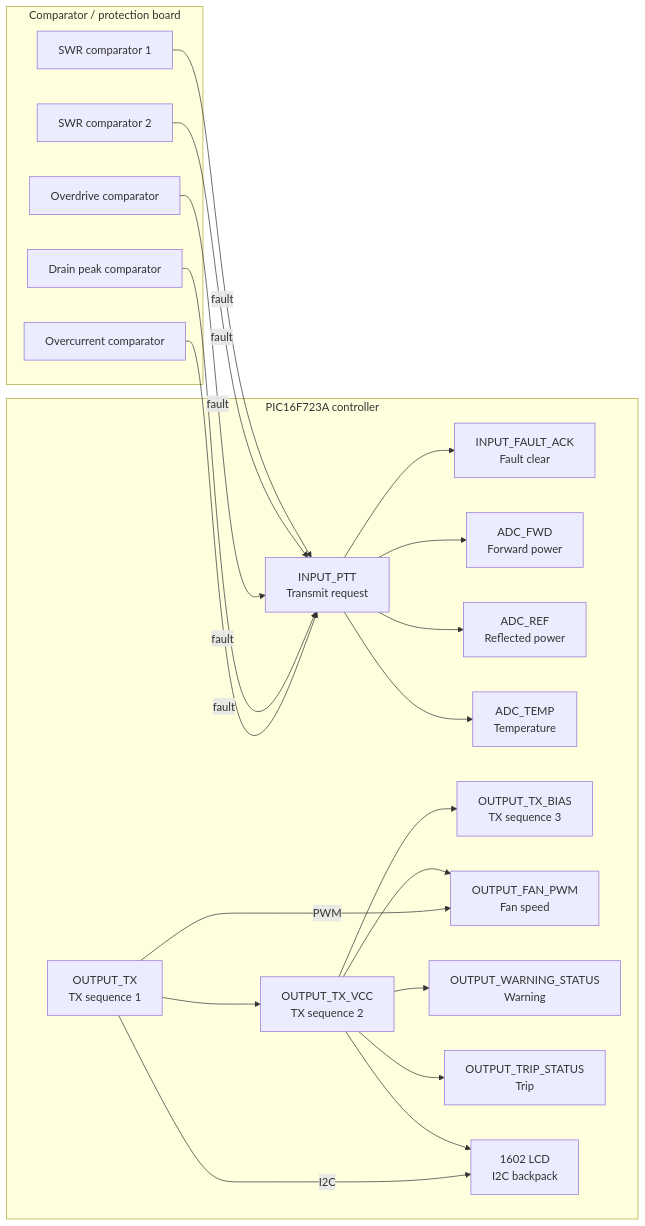
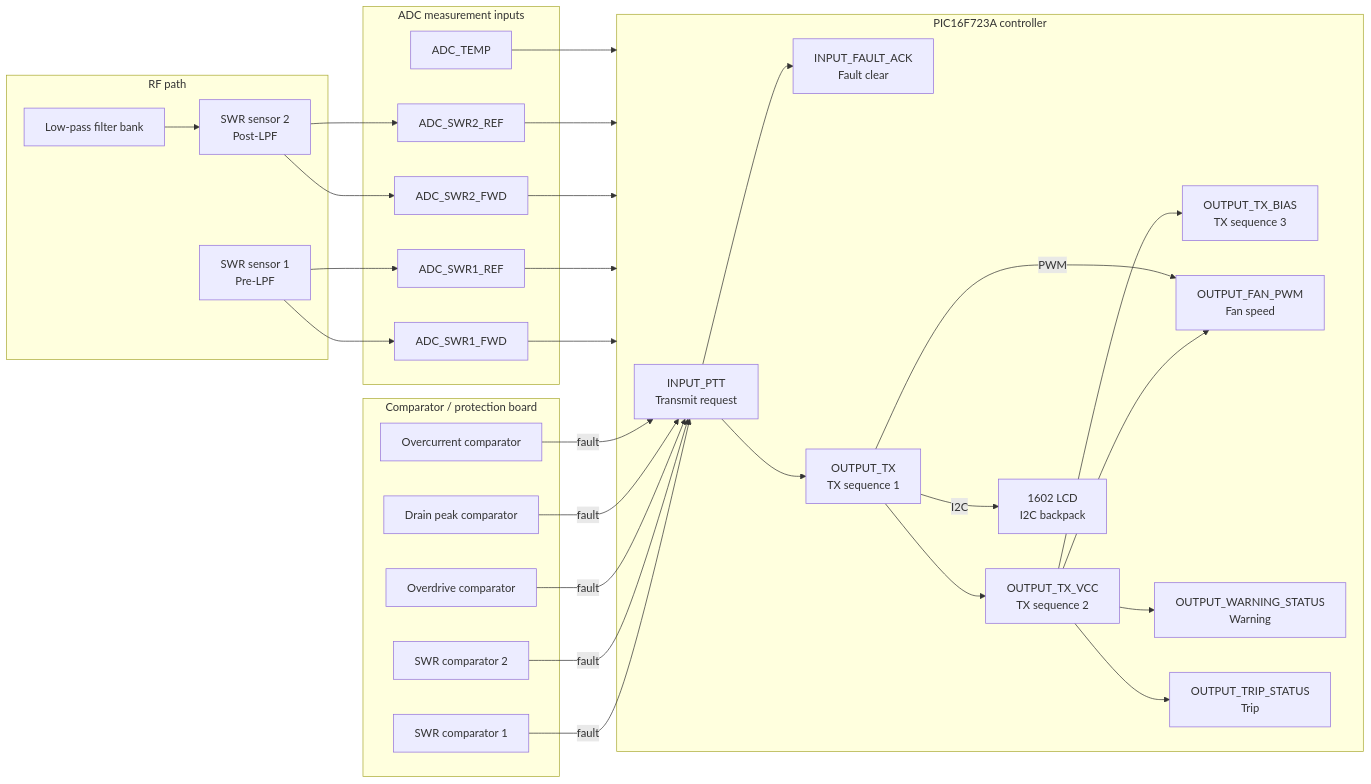
One commit to sjk7/PicAmpControl changed the diagram in README.md. Above: the diagram before and after it, drawn with Mermaid. The commit also changed other lines of this file, not shown here.

Commit message:
Fix SWR measurement diagram and pin map

````diff
--- a/README.md
+++ b/README.md
@@ -40,44 +40,63 @@
 ```mermaid
 flowchart LR
+    subgraph RF["RF path"]
+        PRE["SWR sensor 1\nPre-LPF"]
+        FILTER["Low-pass filter bank"]
+        POST["SWR sensor 2\nPost-LPF"]
+    end
+
+    subgraph ADC["ADC measurement inputs"]
+        PRE_FWD["ADC_SWR1_FWD"]
+        PRE_REF["ADC_SWR1_REF"]
+        POST_FWD["ADC_SWR2_FWD"]
+        POST_REF["ADC_SWR2_REF"]
+        TEMP["ADC_TEMP"]
+    end
+
     subgraph ComparatorBoard["Comparator / protection board"]
         SWR1["SWR comparator 1"]
         SWR2["SWR comparator 2"]
         OVR["Overdrive comparator"]
         DRAIN["Drain peak comparator"]
         OC["Overcurrent comparator"]
     end
 
     subgraph MCU["PIC16F723A controller"]
         PTT["INPUT_PTT\nTransmit request"]
         ACK["INPUT_FAULT_ACK\nFault clear"]
-        FWD["ADC_FWD\nForward power"]
-        REF["ADC_REF\nReflected power"]
-        TEMP["ADC_TEMP\nTemperature"]
         TX["OUTPUT_TX\nTX sequence 1"]
         TXVCC["OUTPUT_TX_VCC\nTX sequence 2"]
         TXBIAS["OUTPUT_TX_BIAS\nTX sequence 3"]
         FAN["OUTPUT_FAN_PWM\nFan speed"]
         WARN["OUTPUT_WARNING_STATUS\nWarning"]
         TRIP["OUTPUT_TRIP_STATUS\nTrip"]
         LCD["1602 LCD\nI2C backpack"]
     end
 
+    PRE --> PRE_FWD
+    PRE --> PRE_REF
+    FILTER --> POST
+    POST --> POST_FWD
+    POST --> POST_REF
+
+    PRE_FWD --> MCU
+    PRE_REF --> MCU
+    POST_FWD --> MCU
+    POST_REF --> MCU
+    TEMP --> MCU
+
     SWR1 -->|fault| PTT
     SWR2 -->|fault| PTT
     OVR -->|fault| PTT
     DRAIN -->|fault| PTT
     OC -->|fault| PTT
 
     PTT --> ACK
-    PTT --> FWD
-    PTT --> REF
-    PTT --> TEMP
-
+    PTT --> TX
     TX --> TXVCC --> TXBIAS
     TXVCC --> FAN
     TXVCC --> WARN
     TXVCC --> TRIP
-    TXVCC --> LCD
     TX -->|I2C| LCD
     TX -->|PWM| FAN
 ```
````
